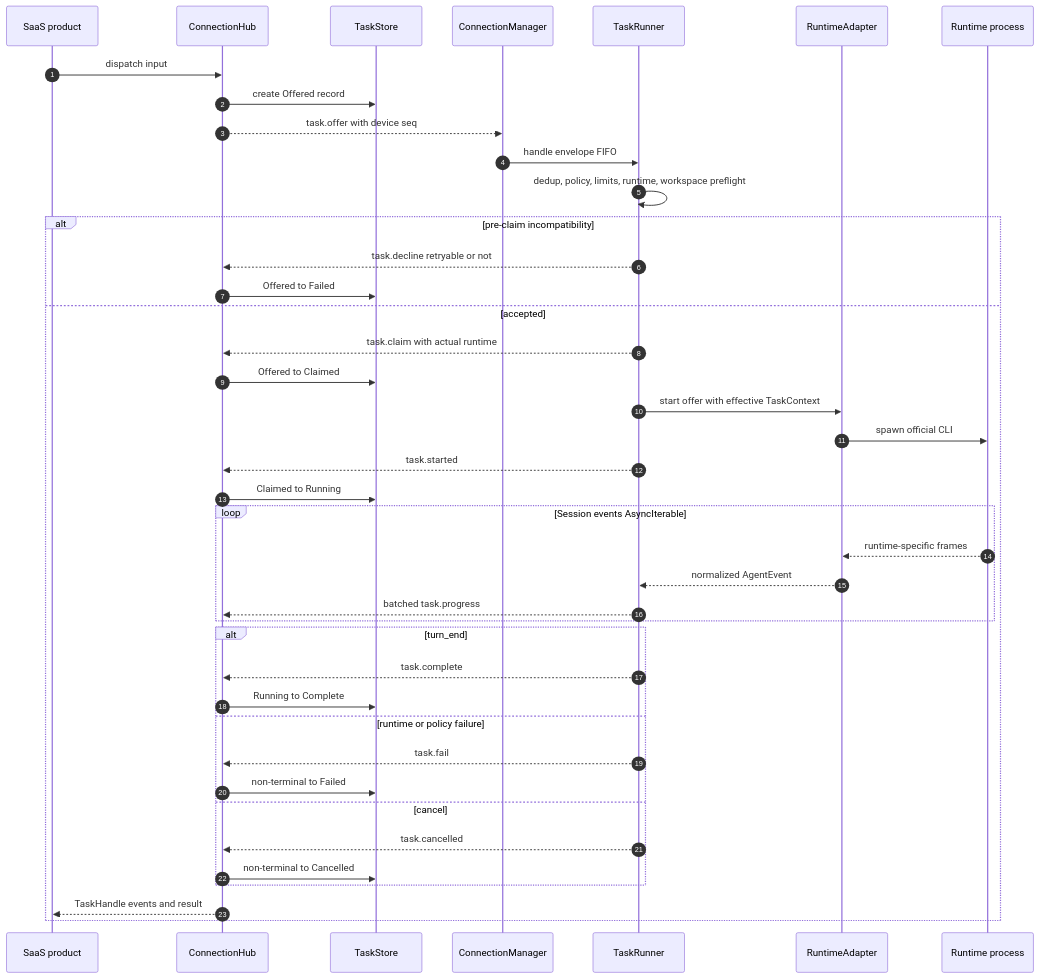
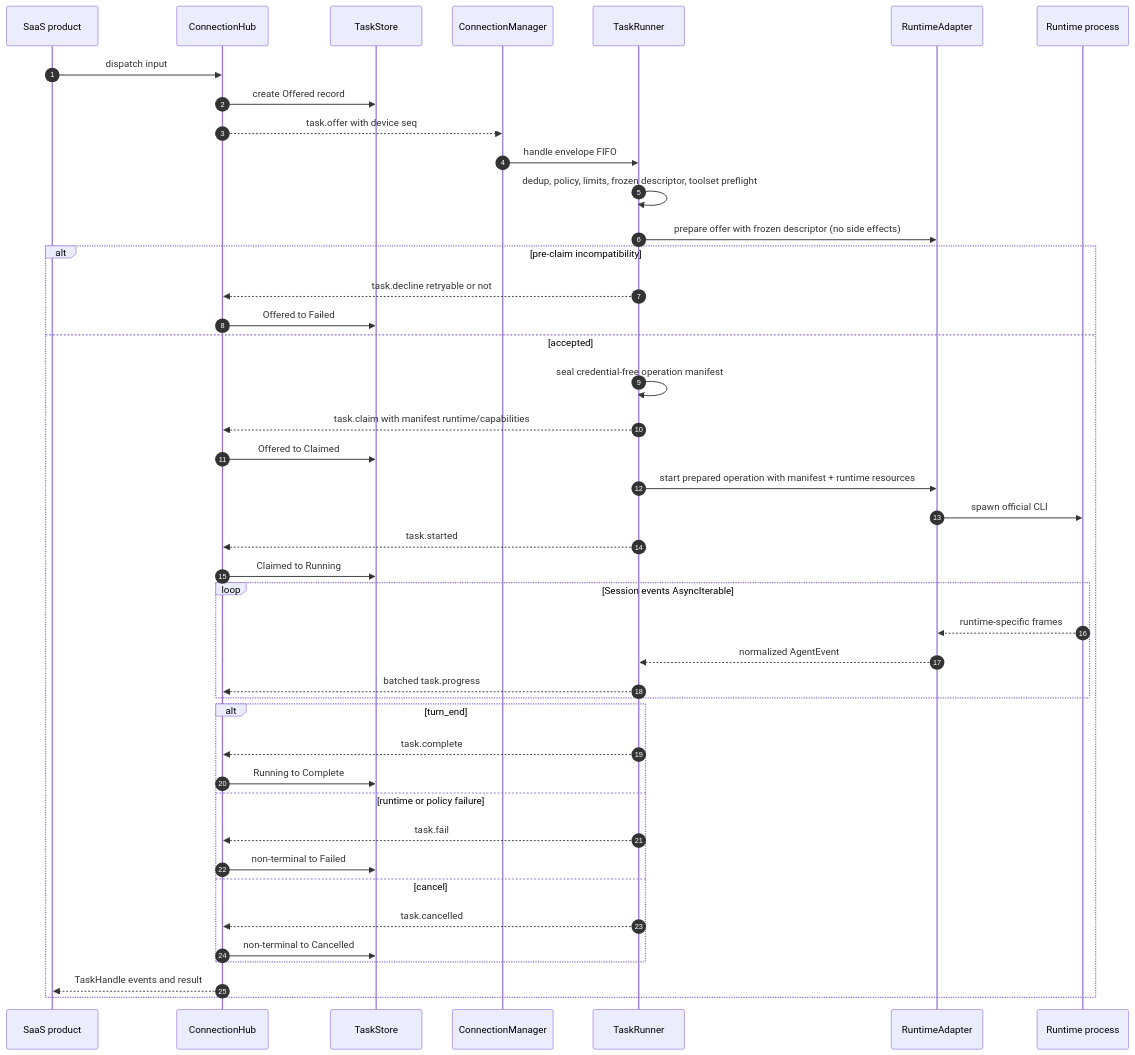
Diagram 12 of 23 in docs/architecture/sdk-architecture.md (Ancienttwo/byok-sdk), drawn with Mermaid before and after one commit. The commit also changed other lines of this file and 49 other files, not shown here.

Commit message:
feat(client): prepare runtime operation before claim

````diff
--- a/docs/architecture/sdk-architecture.md
+++ b/docs/architecture/sdk-architecture.md
@@ -739,44 +747,46 @@
 ```mermaid
 sequenceDiagram
   autonumber
   participant App as SaaS product
   participant Hub as ConnectionHub
   participant Store as TaskStore
   participant CM as ConnectionManager
   participant TR as TaskRunner
   participant AD as RuntimeAdapter
   participant Proc as Runtime process
 
   App->>Hub: dispatch input
   Hub->>Store: create Offered record
   Hub-->>CM: task.offer with device seq
   CM->>TR: handle envelope FIFO
-  TR->>TR: dedup, policy, limits, runtime, workspace preflight
+  TR->>TR: dedup, policy, limits, frozen descriptor, toolset preflight
+  TR->>AD: prepare offer with frozen descriptor (no side effects)
   alt pre-claim incompatibility
     TR-->>Hub: task.decline retryable or not
     Hub->>Store: Offered to Failed
   else accepted
-    TR-->>Hub: task.claim with actual runtime
+    TR->>TR: seal credential-free operation manifest
+    TR-->>Hub: task.claim with manifest runtime/capabilities
     Hub->>Store: Offered to Claimed
-    TR->>AD: start offer with effective TaskContext
+    TR->>AD: start prepared operation with manifest + runtime resources
     AD->>Proc: spawn official CLI
     TR-->>Hub: task.started
     Hub->>Store: Claimed to Running
     loop Session events AsyncIterable
       Proc-->>AD: runtime-specific frames
       AD-->>TR: normalized AgentEvent
       TR-->>Hub: batched task.progress
     end
     alt turn_end
       TR-->>Hub: task.complete
       Hub->>Store: Running to Complete
     else runtime or policy failure
       TR-->>Hub: task.fail
       Hub->>Store: non-terminal to Failed
     else cancel
       TR-->>Hub: task.cancelled
       Hub->>Store: non-terminal to Cancelled
     end
     Hub-->>App: TaskHandle events and result
   end
 ```
````
